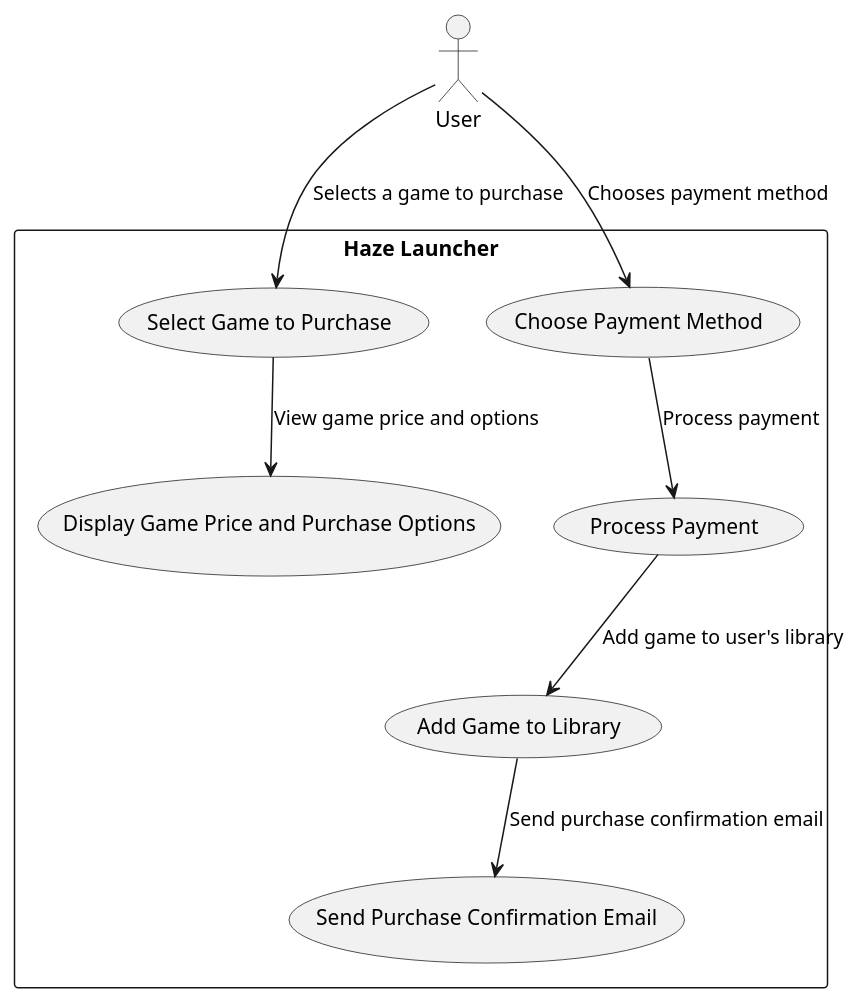
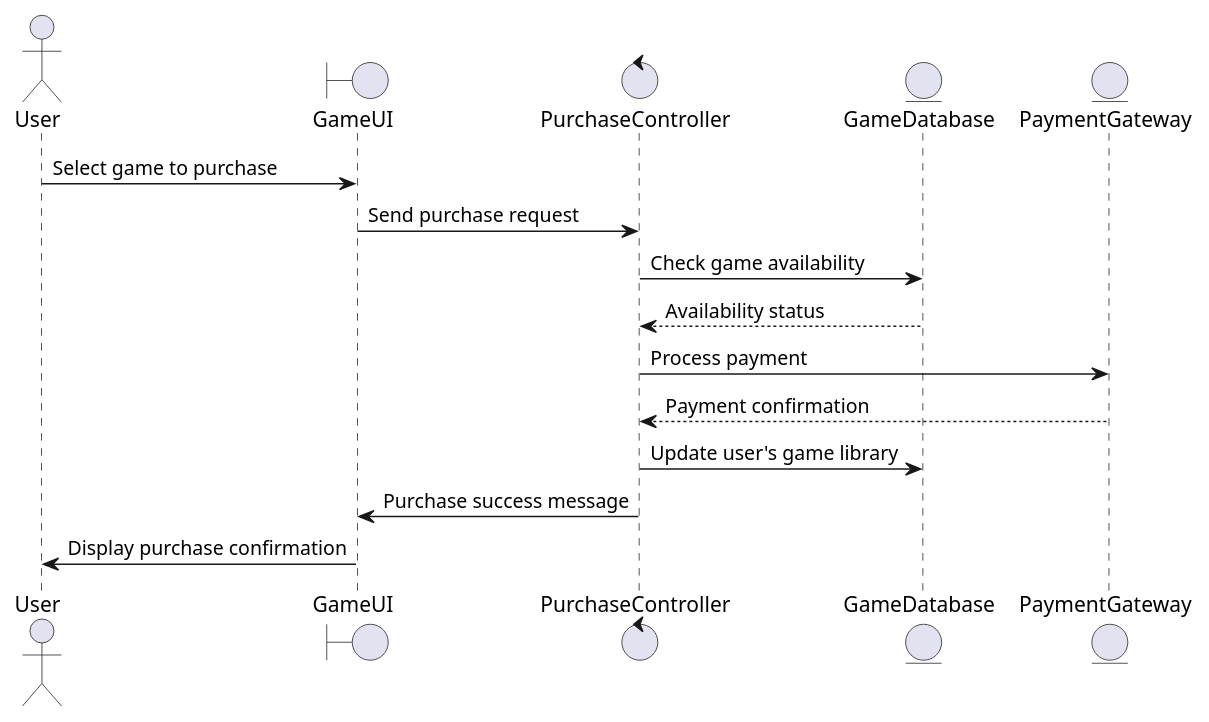
One commit to budi641/Haze_Luncher changed the diagram in Haze_Luncher/.idea/Diagrams/Use Cases/Game Purchase.puml. Above: the diagram before and after it, drawn with PlantUML. The commit also changed 6 other files, not shown here.

```diff
--- a/Haze_Luncher/.idea/Diagrams/Use Cases/Game Purchase.puml
+++ b/Haze_Luncher/.idea/Diagrams/Use Cases/Game Purchase.puml
@@ -1,18 +1,17 @@
 @startuml
 actor User
-rectangle "Haze Launcher" {
-    usecase "Select Game to Purchase" as UC1
-    usecase "Display Game Price and Purchase Options" as UC2
-    usecase "Choose Payment Method" as UC3
-    usecase "Process Payment" as UC4
-    usecase "Add Game to Library" as UC5
-    usecase "Send Purchase Confirmation Email" as UC6
-}
+boundary GameUI
+control PurchaseController
+entity GameDatabase
+entity PaymentGateway
 
-User --> UC1: Selects a game to purchase
-UC1 --> UC2: View game price and options
-User --> UC3: Chooses payment method
-UC3 --> UC4: Process payment
-UC4 --> UC5: Add game to user's library
-UC5 --> UC6: Send purchase confirmation email
+User -> GameUI: Select game to purchase
+GameUI -> PurchaseController: Send purchase request
+PurchaseController -> GameDatabase: Check game availability
+GameDatabase --> PurchaseController: Availability status
+PurchaseController -> PaymentGateway: Process payment
+PaymentGateway --> PurchaseController: Payment confirmation
+PurchaseController -> GameDatabase: Update user's game library
+PurchaseController -> GameUI: Purchase success message
+GameUI -> User: Display purchase confirmation
 @enduml
```
